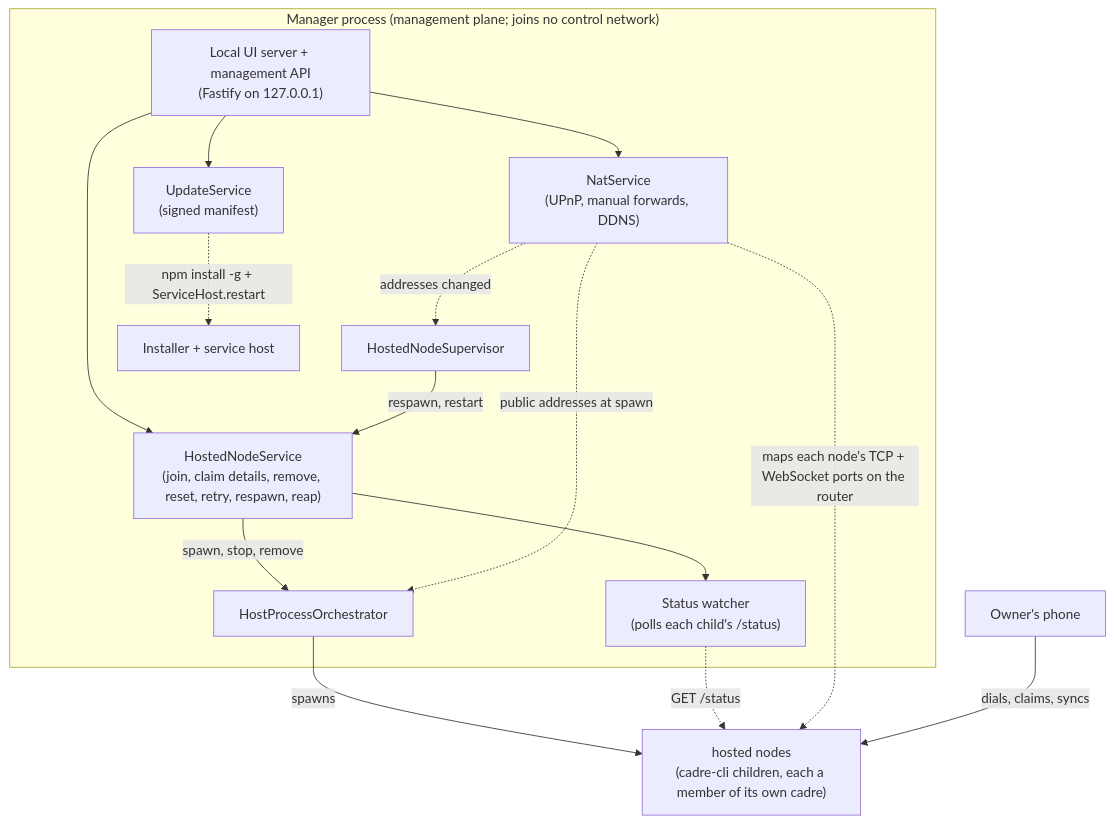
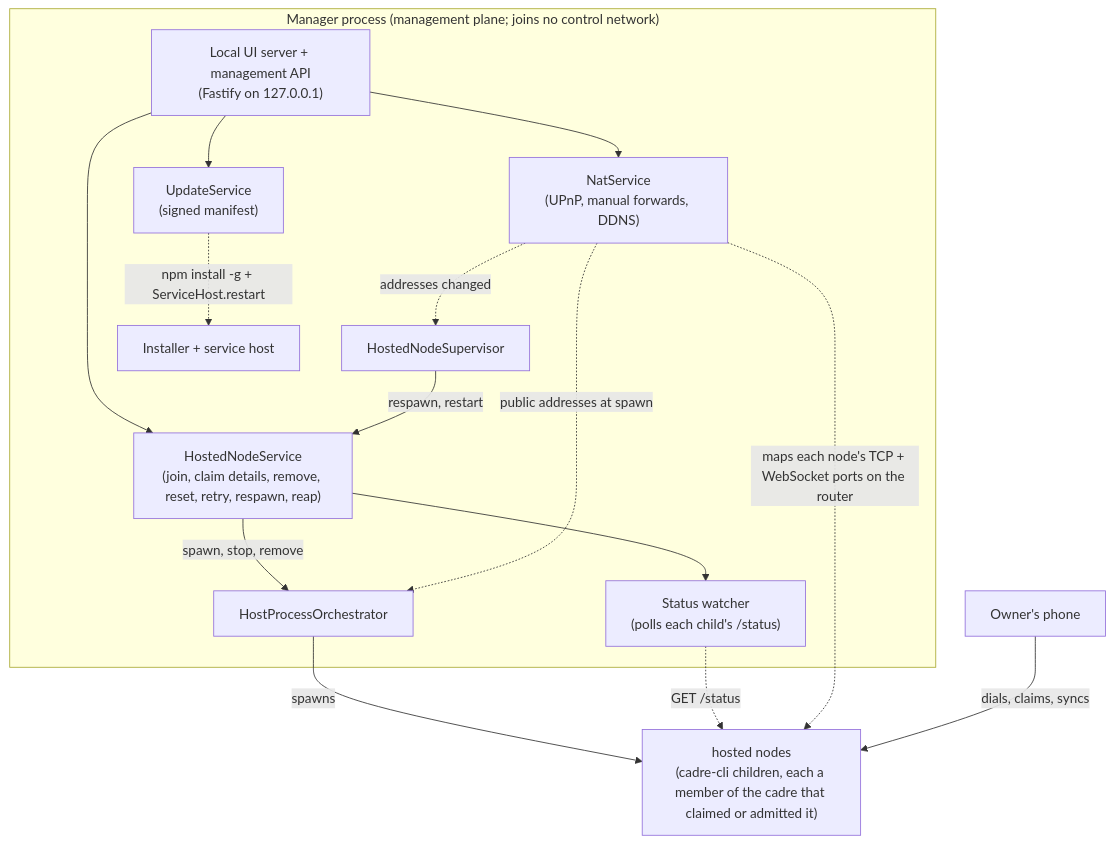
One commit to gotchoices/sereus changed the second of 2 diagrams in docs/cadre-host.md. Above: the diagram before and after it, drawn with Mermaid. The commit also changed other lines of this file and 3 other files, not shown here.

````diff
--- a/docs/cadre-host.md
+++ b/docs/cadre-host.md
@@ -529,26 +531,26 @@
 ```mermaid
 graph TD
     subgraph MP["Manager process (management plane; joins no control network)"]
         UI["Local UI server + management API<br/>(Fastify on 127.0.0.1)"]
         HNS["HostedNodeService<br/>(join, claim details, remove, reset, retry, respawn, reap)"]
         W["Status watcher<br/>(polls each child's /status)"]
         Sup["HostedNodeSupervisor"]
         Orch["HostProcessOrchestrator"]
         NAT["NatService<br/>(UPnP, manual forwards, DDNS)"]
         Upd["UpdateService<br/>(signed manifest)"]
         Install["Installer + service host"]
     end
     UI --> HNS
     UI --> NAT
     UI --> Upd
     HNS --> W
     Sup -->|respawn, restart| HNS
     HNS -->|spawn, stop, remove| Orch
     NAT -. "public addresses at spawn" .-> Orch
     NAT -. "addresses changed" .-> Sup
-    Orch -->|spawns| NN["hosted nodes<br/>(cadre-cli children, each a member of its own cadre)"]
+    Orch -->|spawns| NN["hosted nodes<br/>(cadre-cli children, each a member of the cadre that claimed or admitted it)"]
     W -. "GET /status" .-> NN
     NAT -. "maps each node's TCP + WebSocket ports on the router" .-> NN
     Upd -. "npm install -g + ServiceHost.restart" .-> Install
     Phone["Owner's phone"] -->|"dials, claims, syncs"| NN
 ```
````
